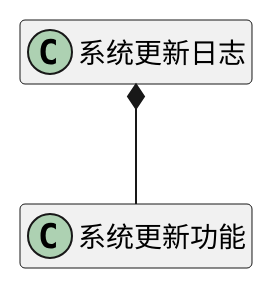
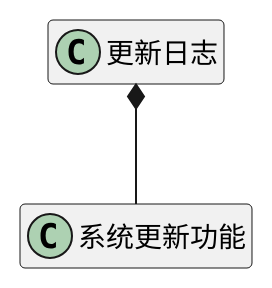
Before and after one commit to zj335841911/nt_chandao: the diagram in ibizpms-docs/src/main/doc/v1/module/ibiz/SysUpdateFeatures_old.md, drawn with PlantUML. The commit also changed 32 other files, not shown here.

```diff
--- a/ibizpms-docs/src/main/doc/v1/module/ibiz/SysUpdateFeatures_old.md
+++ b/ibizpms-docs/src/main/doc/v1/module/ibiz/SysUpdateFeatures_old.md
@@ -6,4 +6,4 @@
 {% plantuml %}
-系统更新日志 *-- 系统更新功能 
+更新日志 *-- 系统更新功能 
 hide members
 {% endplantuml %}
```
